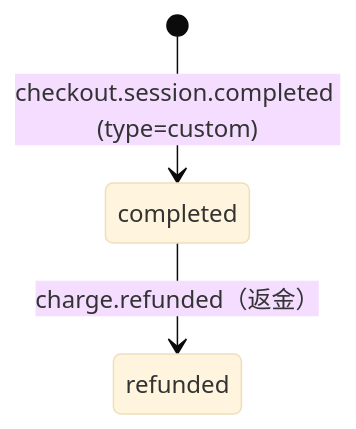
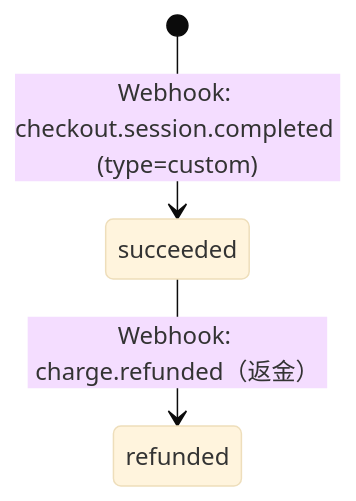
Before and after one commit to suzuki-tomok/payment-core: the fourth of 5 diagrams in docs/state-diagram.md, drawn with Mermaid (base theme). The commit also changed other lines of this file and 15 other files, not shown here.

````diff
--- a/docs/state-diagram.md
+++ b/docs/state-diagram.md
@@ -34,5 +35,5 @@
 ```mermaid
 stateDiagram-v2
-    [*] --> completed: checkout.session.completed (type=custom)
-    completed --> refunded: charge.refunded（返金）
+    [*] --> succeeded: Webhook: checkout.session.completed (type=custom)
+    succeeded --> refunded: Webhook: charge.refunded（返金）
 ```
````
